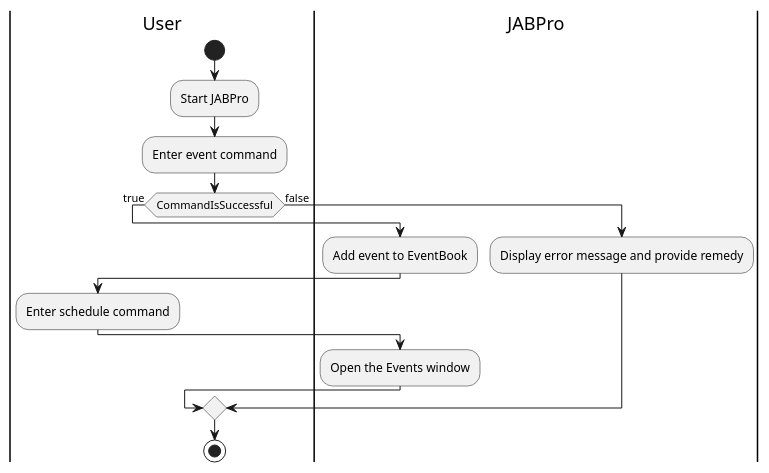
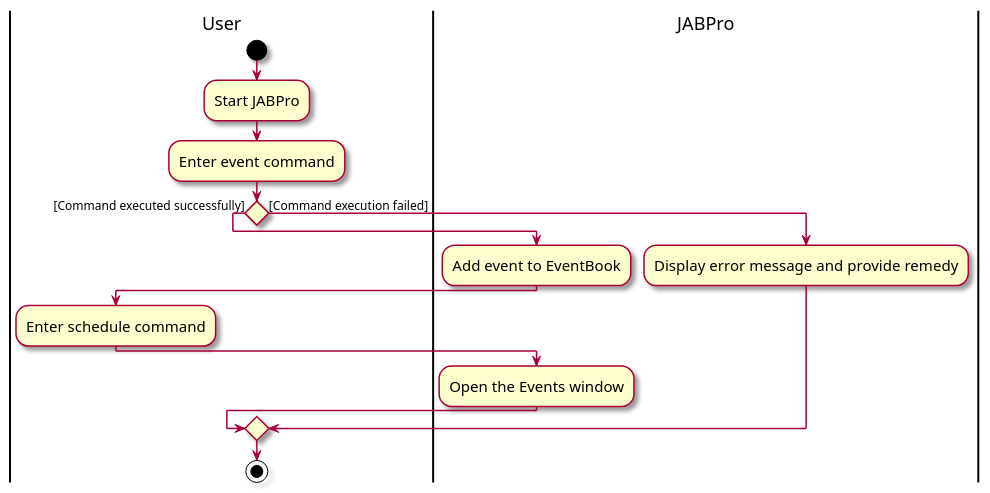
The diagram in diagrams/eventactivitydiagram.puml (AriellaCallista/tp), drawn with PlantUML before and after one commit. The commit also changed 51 other files, not shown here.

```diff
--- a/diagrams/eventactivitydiagram.puml
+++ b/diagrams/eventactivitydiagram.puml
@@ -1,24 +1,27 @@
 @startuml
 'https://plantuml.com/activity-diagram-beta
+skin rose
+skinparam ActivityFontSize 15
+skinparam ArrowFontSize 12
 |User|
 start
 :Start JABPro;
 :Enter event command;
-if (CommandIsSuccessful) then (true)
+if () then ([Command executed successfully])
   |JABPro|
   :Add event to EventBook;
   |User|
   :Enter schedule command;
   |JABPro|
   :Open the Events window;
   |User|
-else (false)
+else ([Command execution failed])
   |JABPro|
   :Display error message and provide remedy;
   |User|
 
 endif
 
 stop
 
 @enduml
```
